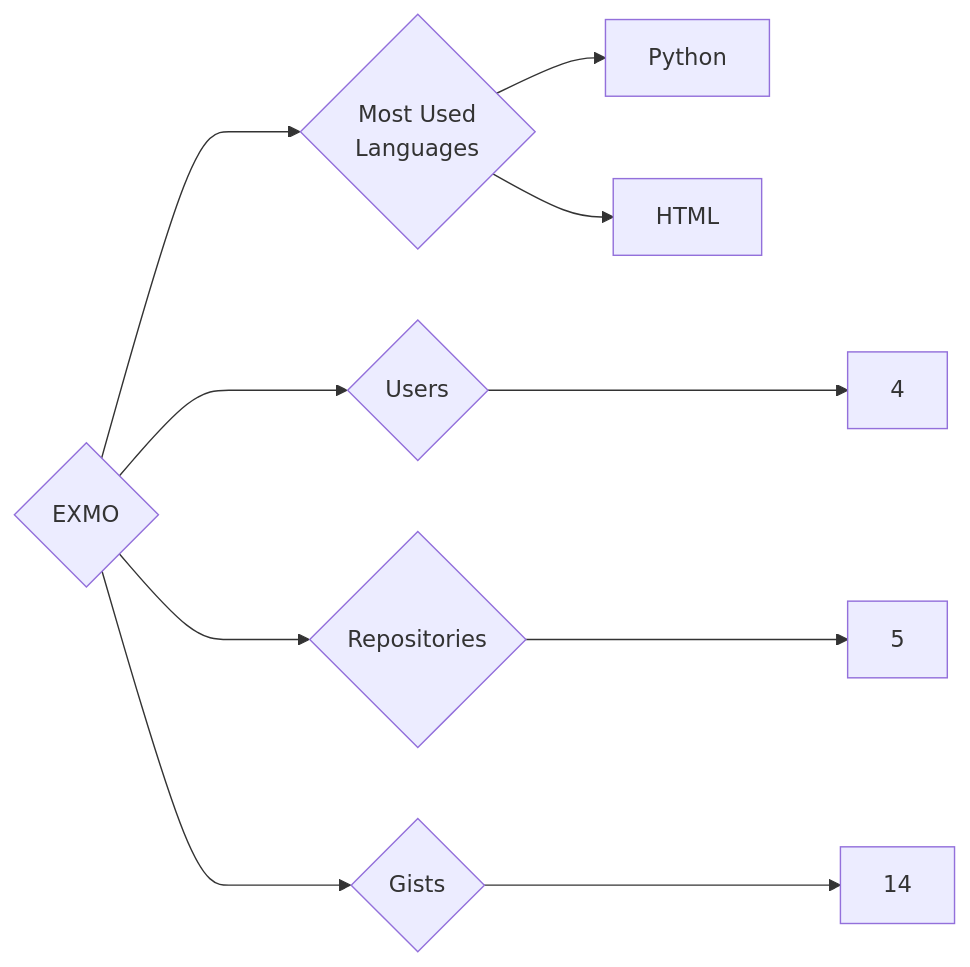
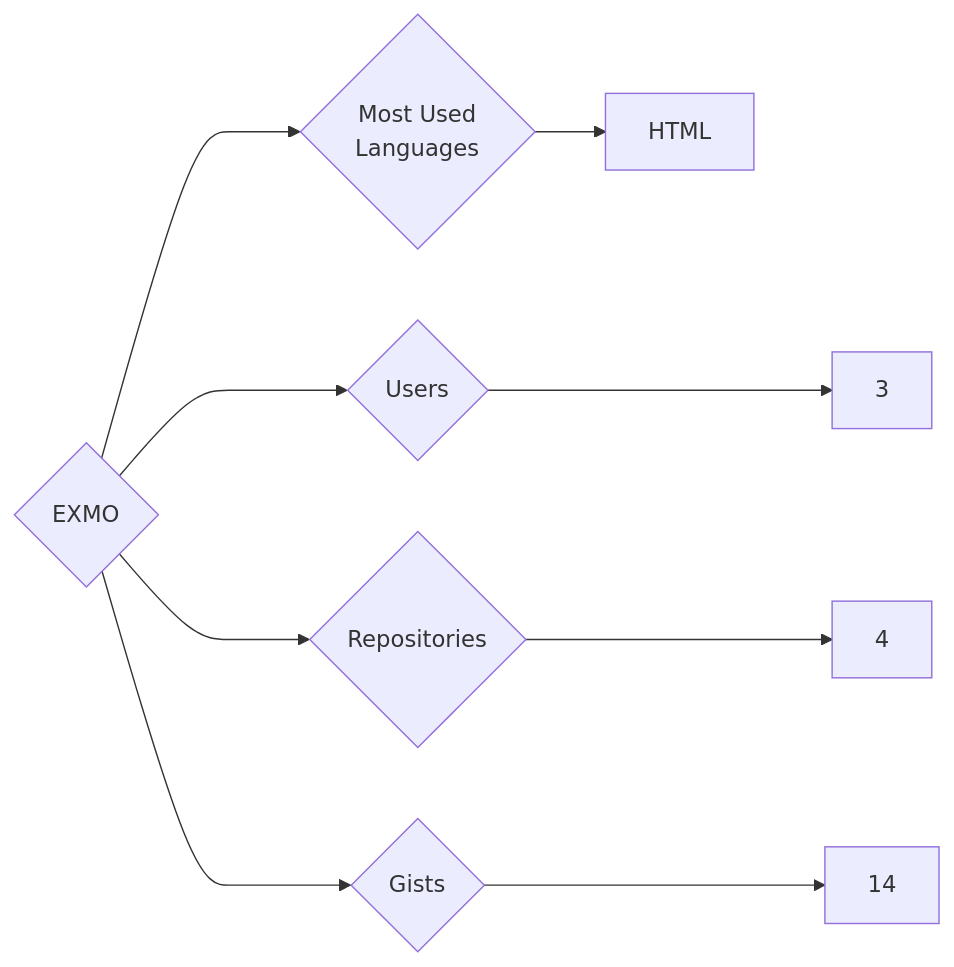
One commit to trickest/insiders changed the diagram in targets/EXMO/README.md. Above: the diagram before and after it, drawn with Mermaid. The commit also changed 1055 other files, not shown here.

````diff
--- a/targets/EXMO/README.md
+++ b/targets/EXMO/README.md
@@ -3,10 +3,9 @@
 ```mermaid
 graph LR
 COMPANY_NAME{EXMO}
-COMPANY_NAME ---> U{Users} ---> UN[4]
-COMPANY_NAME ---> R{Repositories} ---> RN[5]
+COMPANY_NAME ---> U{Users} ---> UN[3]
+COMPANY_NAME ---> R{Repositories} ---> RN[4]
 COMPANY_NAME ---> G{Gists} ---> GN[14]
 COMPANY_NAME ---> ML{Most Used<br>Languages}
-ML --> Python[Python]
 ML --> HTML[HTML]
 ```
````
